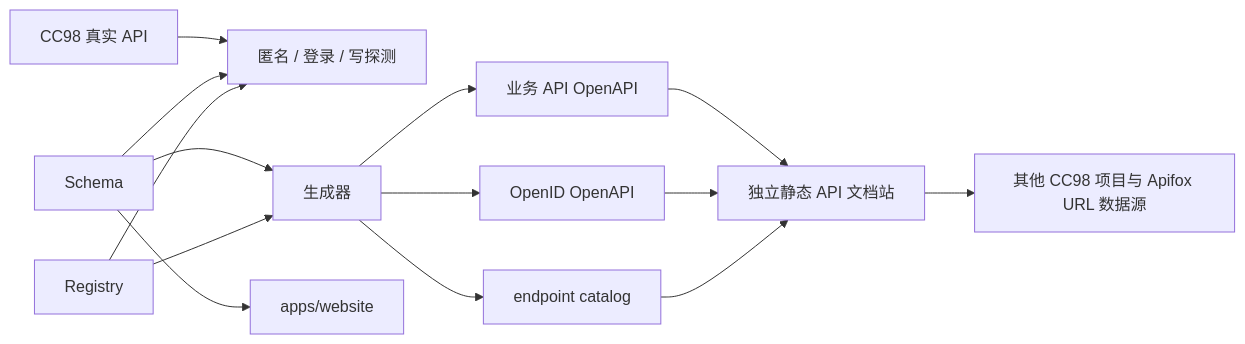
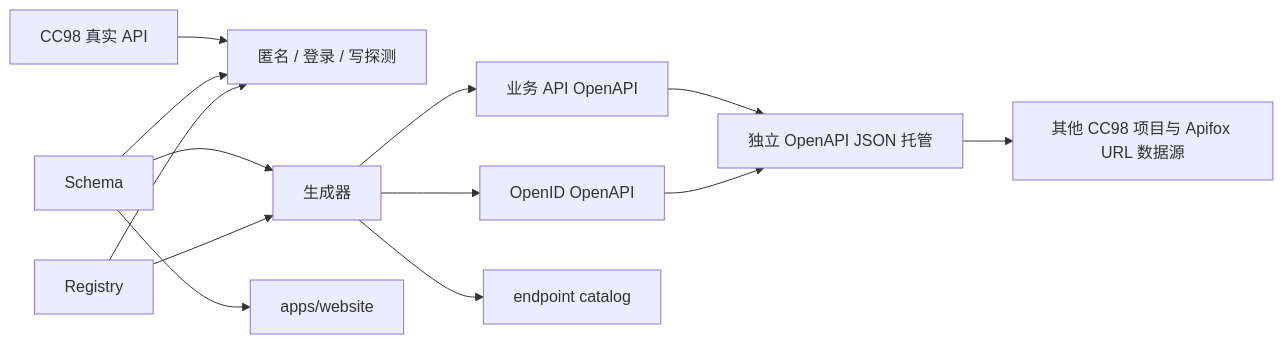
One commit to shellRaining/cc98 changed the first of 4 diagrams in ARCHITECTURE.md. Above: the diagram before and after it, drawn with Mermaid. The commit also changed other lines of this file and 11 other files, not shown here.

Commit message:
refactor(api): 仅托管 OpenAPI JSON

````diff
--- a/ARCHITECTURE.md
+++ b/ARCHITECTURE.md
@@ -9,16 +9,15 @@
 ```mermaid
 flowchart LR
   Live["CC98 真实 API"] --> Probe["匿名 / 登录 / 写探测"]
   Schema --> Probe
   Registry --> Probe
   Schema --> Generator["生成器"]
   Registry --> Generator
   Generator --> ApiOpenAPI["业务 API OpenAPI"]
   Generator --> OpenIdOpenAPI["OpenID OpenAPI"]
   Generator --> Catalog["endpoint catalog"]
-  ApiOpenAPI --> Docs["独立静态 API 文档站"]
-  OpenIdOpenAPI --> Docs
-  Catalog --> Docs
+  ApiOpenAPI --> Hosting["独立 OpenAPI JSON 托管"]
+  OpenIdOpenAPI --> Hosting
   Schema --> Website["apps/website"]
-  Docs --> Community["其他 CC98 项目与 Apifox URL 数据源"]
+  Hosting --> Community["其他 CC98 项目与 Apifox URL 数据源"]
 ```
````
